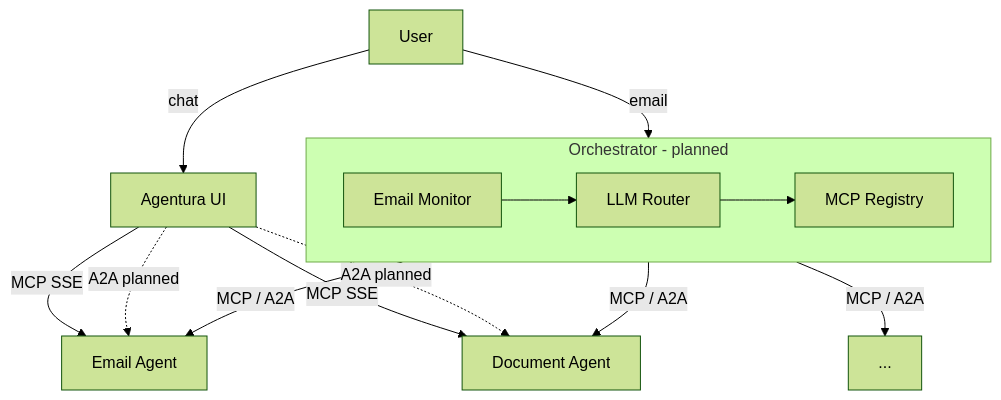
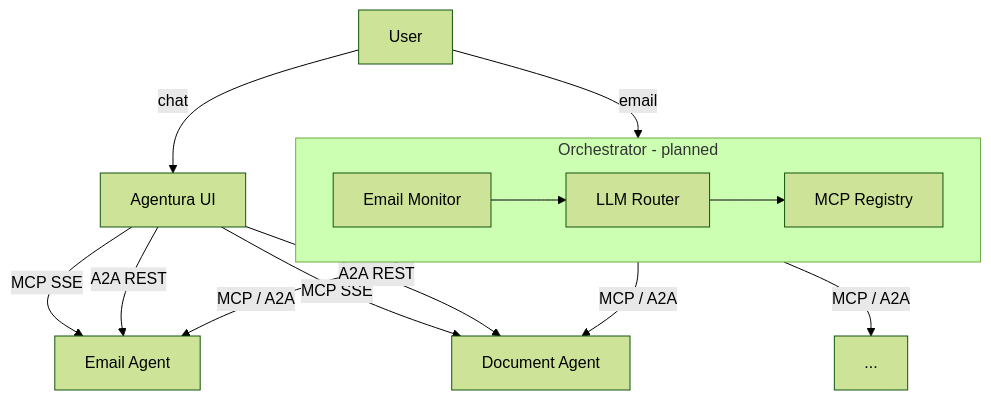
The diagram in README.md (semos-org/semos-agentura), drawn with Mermaid (forest theme) before and after one commit. The commit also changed other lines of this file and 5 other files, not shown here.

````diff
--- a/README.md
+++ b/README.md
@@ -38,19 +38,19 @@
 ```mermaid
 graph TD
     User -->|chat| UI[Agentura UI]
     User -->|email| Orchestrator
 
     UI -->|MCP SSE| EA[Email Agent]
     UI -->|MCP SSE| DA[Document Agent]
-    UI -.->|A2A planned| EA
-    UI -.->|A2A planned| DA
+    UI -->|A2A REST| EA
+    UI -->|A2A REST| DA
 
     subgraph Orchestrator[Orchestrator - planned]
         Monitor[Email Monitor] --> Router[LLM Router]
         Router --> Registry[MCP Registry]
     end
 
     Orchestrator -->|MCP / A2A| EA
     Orchestrator -->|MCP / A2A| DA
     Orchestrator -->|MCP / A2A| More[...]
 ```
````
